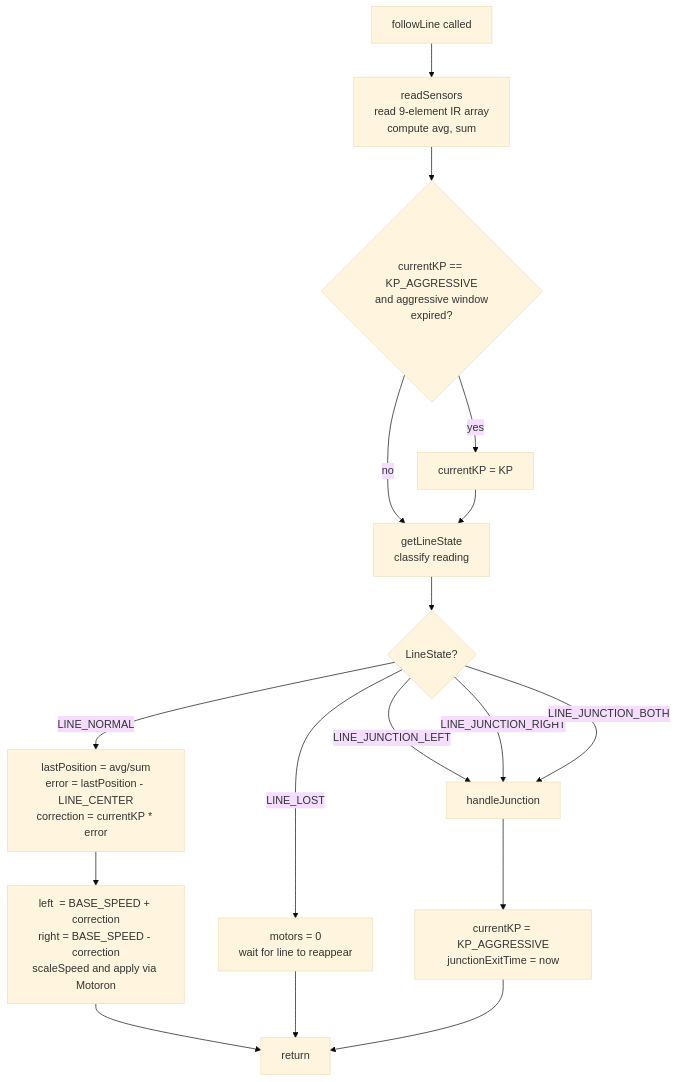
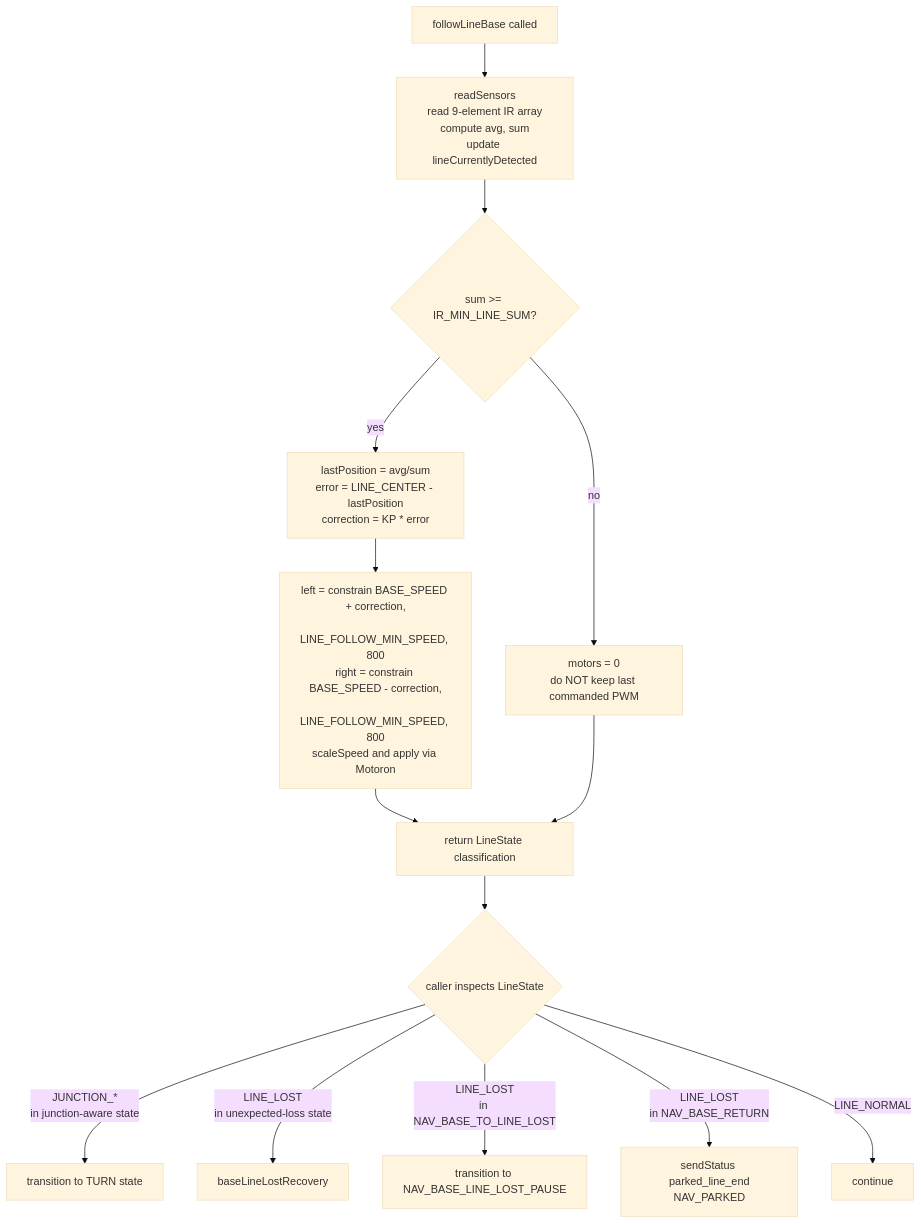
Before and after one commit to Stanleyhoo1/Robotics-Challenge: the first of 8 diagrams in docs/flowcharts.md, drawn with Mermaid (base theme). The commit also changed other lines of this file and 16 other files, not shown here.

````diff
--- a/docs/flowcharts.md
+++ b/docs/flowcharts.md
@@ -9,19 +9,16 @@
 ```mermaid
 flowchart TD
-    A[followLine called] --> B[readSensors<br/>read 9-element IR array<br/>compute avg, sum]
-    B --> C{currentKP == KP_AGGRESSIVE<br/>and aggressive window<br/>expired?}
-    C -- yes --> D[currentKP = KP]
-    C -- no --> E[getLineState<br/>classify reading]
-    D --> E
-    E --> F{LineState?}
-    F -- LINE_NORMAL --> G[lastPosition = avg/sum<br/>error = lastPosition - LINE_CENTER<br/>correction = currentKP * error]
-    G --> H[left  = BASE_SPEED + correction<br/>right = BASE_SPEED - correction<br/>scaleSpeed and apply via Motoron]
-    F -- LINE_LOST --> I[motors = 0<br/>wait for line to reappear]
-    F -- LINE_JUNCTION_LEFT --> J[handleJunction]
-    F -- LINE_JUNCTION_RIGHT --> J
-    F -- LINE_JUNCTION_BOTH --> J
-    J --> K[currentKP = KP_AGGRESSIVE<br/>junctionExitTime = now]
-    H --> L[return]
-    I --> L
-    K --> L
+    A[followLineBase called] --> B[readSensors<br/>read 9-element IR array<br/>compute avg, sum<br/>update lineCurrentlyDetected]
+    B --> C{sum >= IR_MIN_LINE_SUM?}
+    C -- yes --> D[lastPosition = avg/sum<br/>error = LINE_CENTER - lastPosition<br/>correction = KP * error]
+    D --> E[left = constrain BASE_SPEED + correction,<br/>     LINE_FOLLOW_MIN_SPEED, 800<br/>right = constrain BASE_SPEED - correction,<br/>     LINE_FOLLOW_MIN_SPEED, 800<br/>scaleSpeed and apply via Motoron]
+    C -- no --> F[motors = 0<br/>do NOT keep last commanded PWM]
+    E --> G[return LineState classification]
+    F --> G
+    G --> H{caller inspects LineState}
+    H -- JUNCTION_*<br/>in junction-aware state --> I[transition to TURN state]
+    H -- LINE_LOST<br/>in unexpected-loss state --> J[baseLineLostRecovery]
+    H -- LINE_LOST<br/>in NAV_BASE_TO_LINE_LOST --> K[transition to NAV_BASE_LINE_LOST_PAUSE]
+    H -- LINE_LOST<br/>in NAV_BASE_RETURN --> L[sendStatus parked_line_end<br/>NAV_PARKED]
+    H -- LINE_NORMAL --> M[continue]
 ```
````
